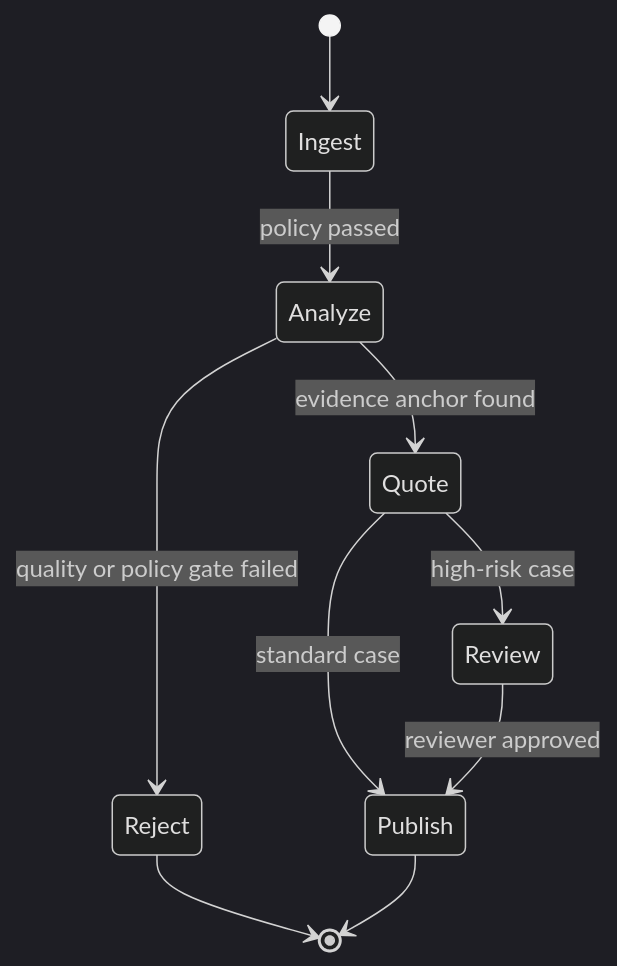
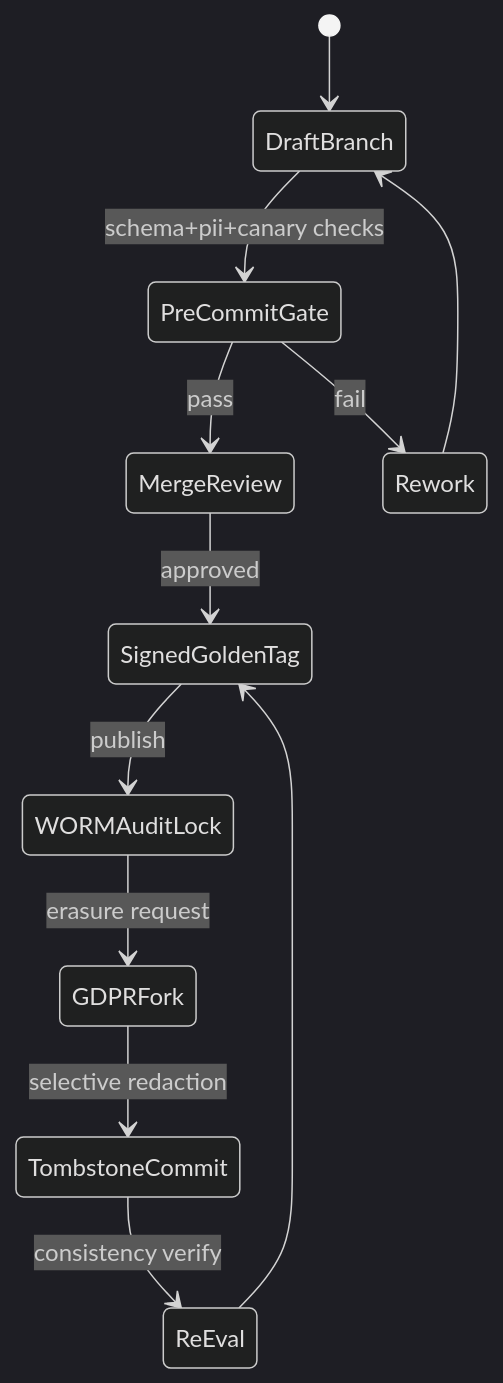
One commit to turbo998/ai-infra-lab changed the second of 2 diagrams in docs/azure-agent-infra/eval-corpus-versioning-lineage-lakefs-adls-zero-copy-vs-foundry-ml-data-assets-vs-delta-dvc-selection-faq.en.md. Above: the diagram before and after it, drawn with Mermaid (dark theme). The commit also changed other lines of this file and 1 other file, not shown here.

Commit message:
fix(azure-agent-infra): rewrite #456 with genuine lakeFS/Foundry/Delta eval corpus SA prose

````diff
--- a/docs/azure-agent-infra/eval-corpus-versioning-lineage-lakefs-adls-zero-copy-vs-foundry-ml-data-assets-vs-delta-dvc-selection-faq.en.md
+++ b/docs/azure-agent-infra/eval-corpus-versioning-lineage-lakefs-adls-zero-copy-vs-foundry-ml-data-assets-vs-delta-dvc-selection-faq.en.md
@@ -77,12 +69,14 @@
 ```mermaid
 stateDiagram-v2
-  [*] --> Ingest
-  Ingest --> Analyze: policy passed
-  Analyze --> Quote: evidence anchor found
-  Quote --> Review: high-risk case
-  Quote --> Publish: standard case
-  Review --> Publish: reviewer approved
-  Analyze --> Reject: quality or policy gate failed
-  Reject --> [*]
-  Publish --> [*]
+  [*] --> DraftBranch
+  DraftBranch --> PreCommitGate: schema+pii+canary checks
+  PreCommitGate --> MergeReview: pass
+  PreCommitGate --> Rework: fail
+  MergeReview --> SignedGoldenTag: approved
+  SignedGoldenTag --> WORMAuditLock: publish
+  WORMAuditLock --> GDPRFork: erasure request
+  GDPRFork --> TombstoneCommit: selective redaction
+  TombstoneCommit --> ReEval: consistency verify
+  ReEval --> SignedGoldenTag
+  Rework --> DraftBranch
 ```
````
